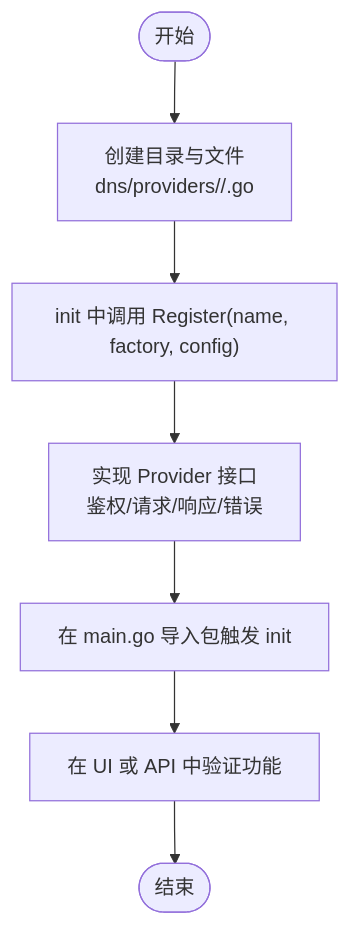
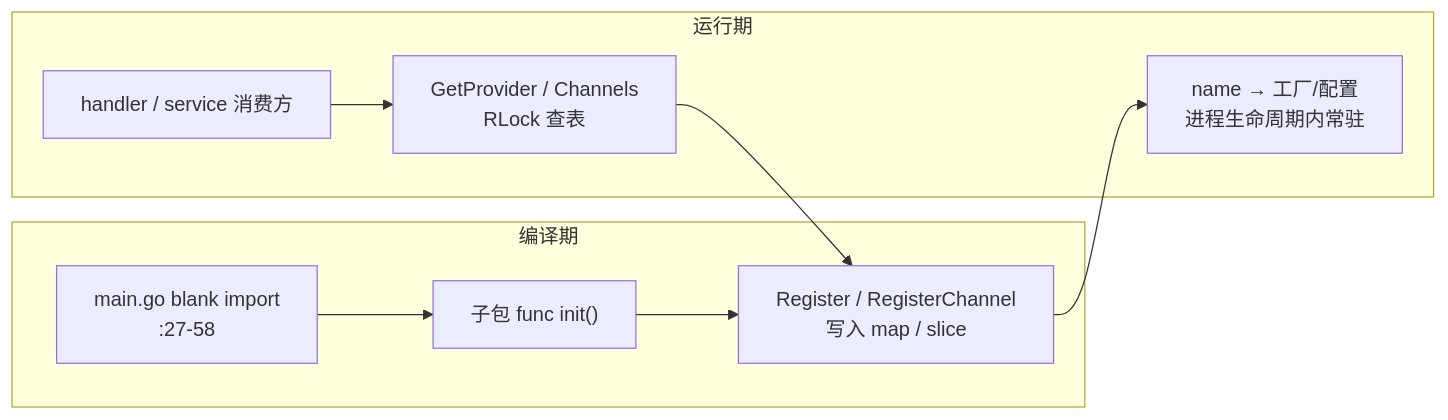
One commit to x01n/dnsplane changed the first of 4 diagrams in docs/扩展开发/扩展开发.md. Above: the diagram before and after it, drawn with Mermaid. The commit also changed other lines of this file and 326 other files, not shown here.

````diff
--- a/docs/扩展开发/扩展开发.md
+++ b/docs/扩展开发/扩展开发.md
@@ -290,9 +122,12 @@
 ```mermaid
-flowchart TD
-Start(["开始"]) --> NewDir["创建目录与文件<br/>dns/providers/<your_provider>/<your_provider>.go"]
-NewDir --> InitReg["init 中调用 Register(name, factory, config)"]
-InitReg --> Impl["实现 Provider 接口<br/>鉴权/请求/响应/错误"]
-Impl --> Import["在 main.go 导入包触发 init"]
-Import --> Test["在 UI 或 API 中验证功能"]
-Test --> End(["结束"])
+flowchart LR
+subgraph 编译期
+BI["main.go blank import<br/>:27-58"] --> INIT["子包 func init()"]
+INIT --> REG["Register / RegisterChannel<br/>写入 map / slice"]
+end
+subgraph 运行期
+CONS["handler / service 消费方"] --> GET["GetProvider / Channels<br/>RLock 查表"]
+GET --> REG
+REG --> MAP["name → 工厂/配置<br/>进程生命周期内常驻"]
+end
 ```
````
